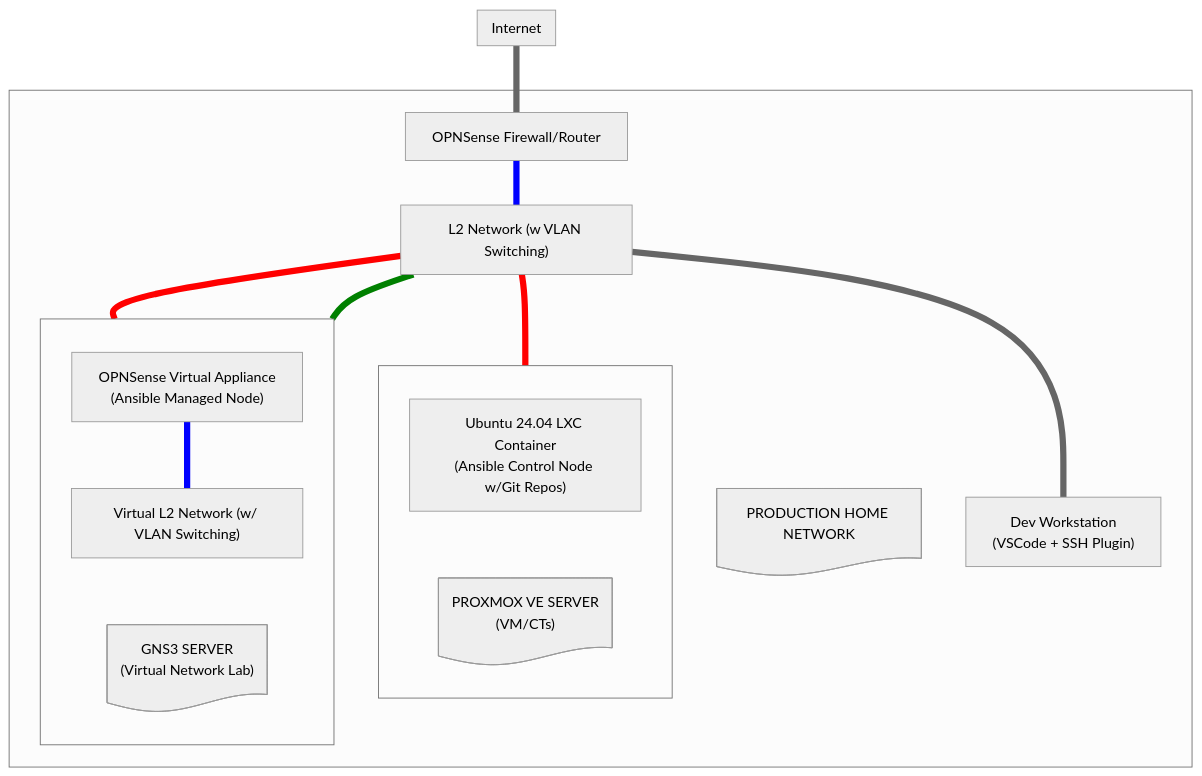
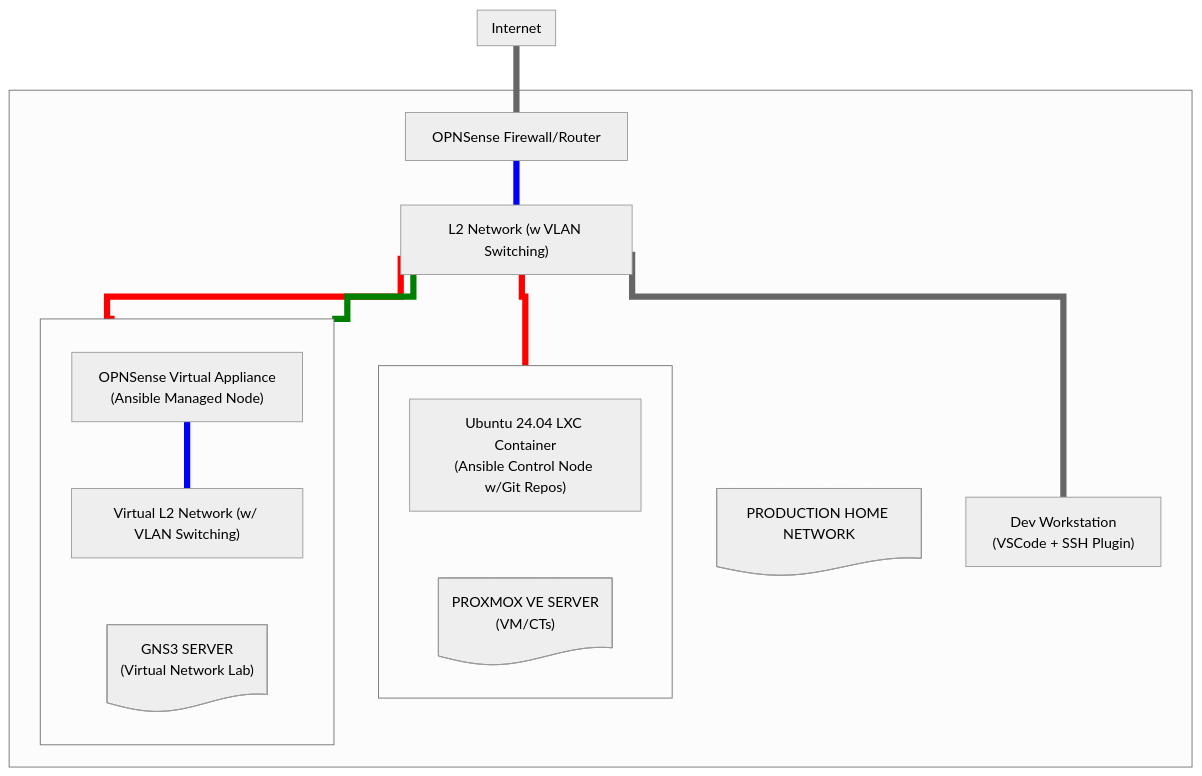
Before and after one commit to drinferno2001/HOME_NETWORK_AUTOMATION_WIKI: the diagram in docs/env_setup/index.md, drawn with Mermaid (neutral theme).

Commit message:
Network Diagram: Converted links to use a step-wise generation function (looks more formal).

```diff
--- a/docs/env_setup/index.md
+++ b/docs/env_setup/index.md
@@ -47,6 +47,8 @@
     end
     
     %% Define Production Home Network Subgraph (and any nested/formatting-type subgraphs)
+    
+    %%{ init: { 'flowchart': { 'curve': 'stepBefore' } } }%%
     subgraph Production_Home_Network [" "]
             
         PHN_Block_Title
```
